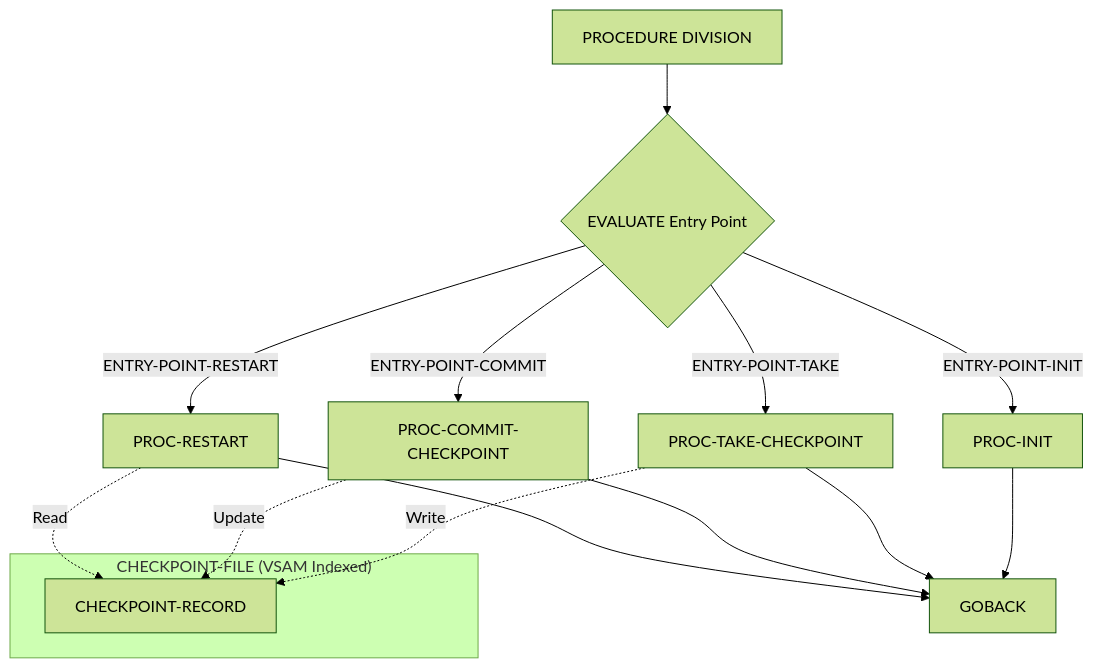
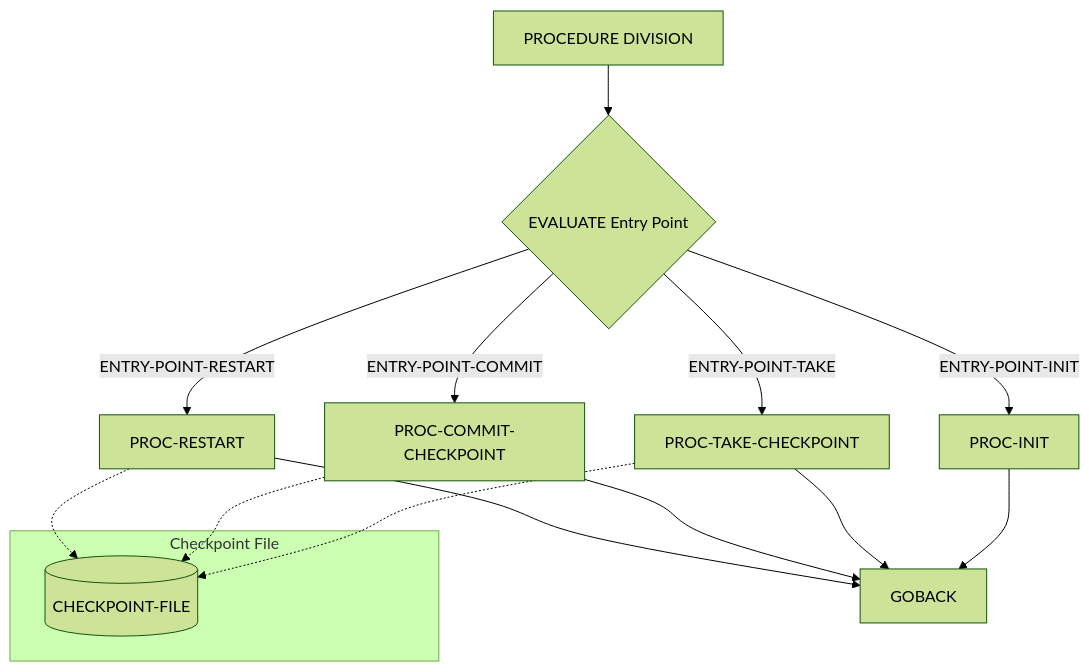
One commit to haladir-com/legacy-benchmark-docs-vb70e1 changed the diagram in docs/programs/CKPRST.mdx. Above: the diagram before and after it, drawn with Mermaid (forest theme). The commit also changed other lines of this file and 64 other files, not shown here.

````diff
--- a/docs/programs/CKPRST.mdx
+++ b/docs/programs/CKPRST.mdx
@@ -16,20 +16,20 @@
 ```mermaid
 graph TD
     A[PROCEDURE DIVISION] --> B{EVALUATE Entry Point}
     B -->|ENTRY-POINT-INIT| C[PROC-INIT]
     B -->|ENTRY-POINT-TAKE| D[PROC-TAKE-CHECKPOINT]
     B -->|ENTRY-POINT-COMMIT| E[PROC-COMMIT-CHECKPOINT]
     B -->|ENTRY-POINT-RESTART| F[PROC-RESTART]
     C --> G[GOBACK]
     D --> G
     E --> G
     F --> G
     
-    subgraph "CHECKPOINT-FILE (VSAM Indexed)"
-        H[CHECKPOINT-RECORD]
+    subgraph "Checkpoint File"
+        H[(CHECKPOINT-FILE)]
     end
     
-    D -.->|Write| H
-    E -.->|Update| H
-    F -.->|Read| H
+    D -.-> H
+    E -.-> H
+    F -.-> H
 ```
````
